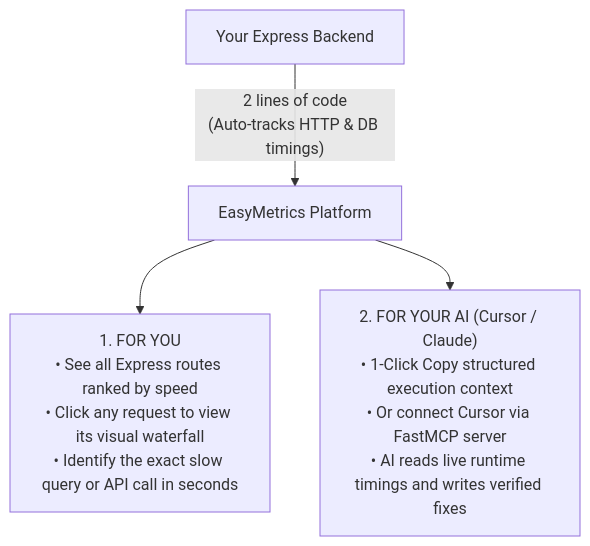
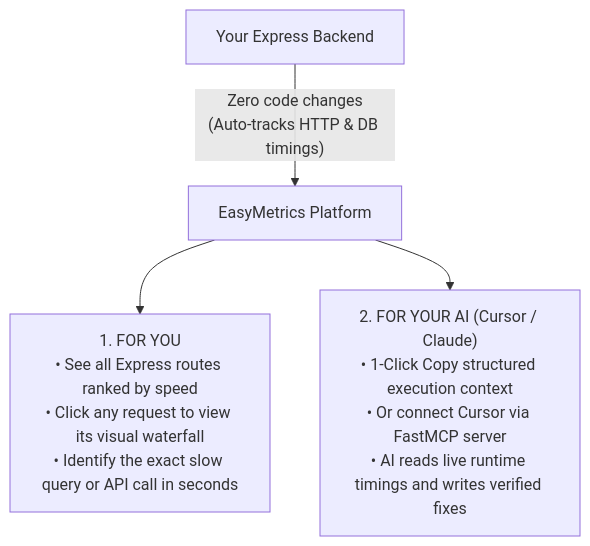
The diagram in README.md (shreyam-dharmvans/easy-metrics), drawn with Mermaid before and after one commit. The commit also changed other lines of this file and 7 other files, not shown here.

Commit message:
docs: streamline setup to zero-code preload with --import flag

````diff
--- a/README.md
+++ b/README.md
@@ -99,8 +99,8 @@
 ```mermaid
 flowchart TD
-    App["Your Express Backend"] -- "2 lines of code\n(Auto-tracks HTTP & DB timings)" --> EasyMetrics["EasyMetrics Platform"]
+    App["Your Express Backend"] -- "Zero code changes\n(Auto-tracks HTTP & DB timings)" --> EasyMetrics["EasyMetrics Platform"]
     
     EasyMetrics --> Human["1. FOR YOU\n• See all Express routes ranked by speed\n• Click any request to view its visual waterfall\n• Identify the exact slow query or API call in seconds"]
     
     EasyMetrics --> AI["2. FOR YOUR AI (Cursor / Claude)\n• 1-Click Copy structured execution context\n• Or connect Cursor via FastMCP server\n• AI reads live runtime timings and writes verified fixes"]
 ```
````
